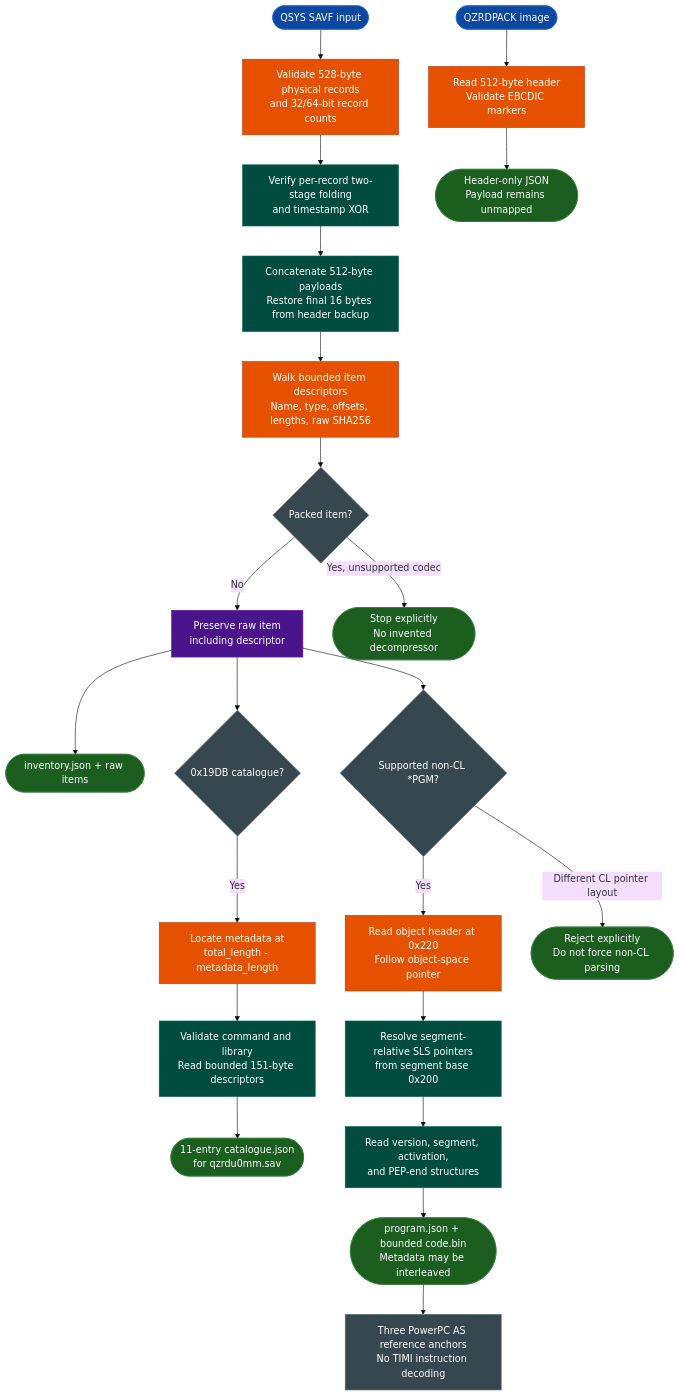
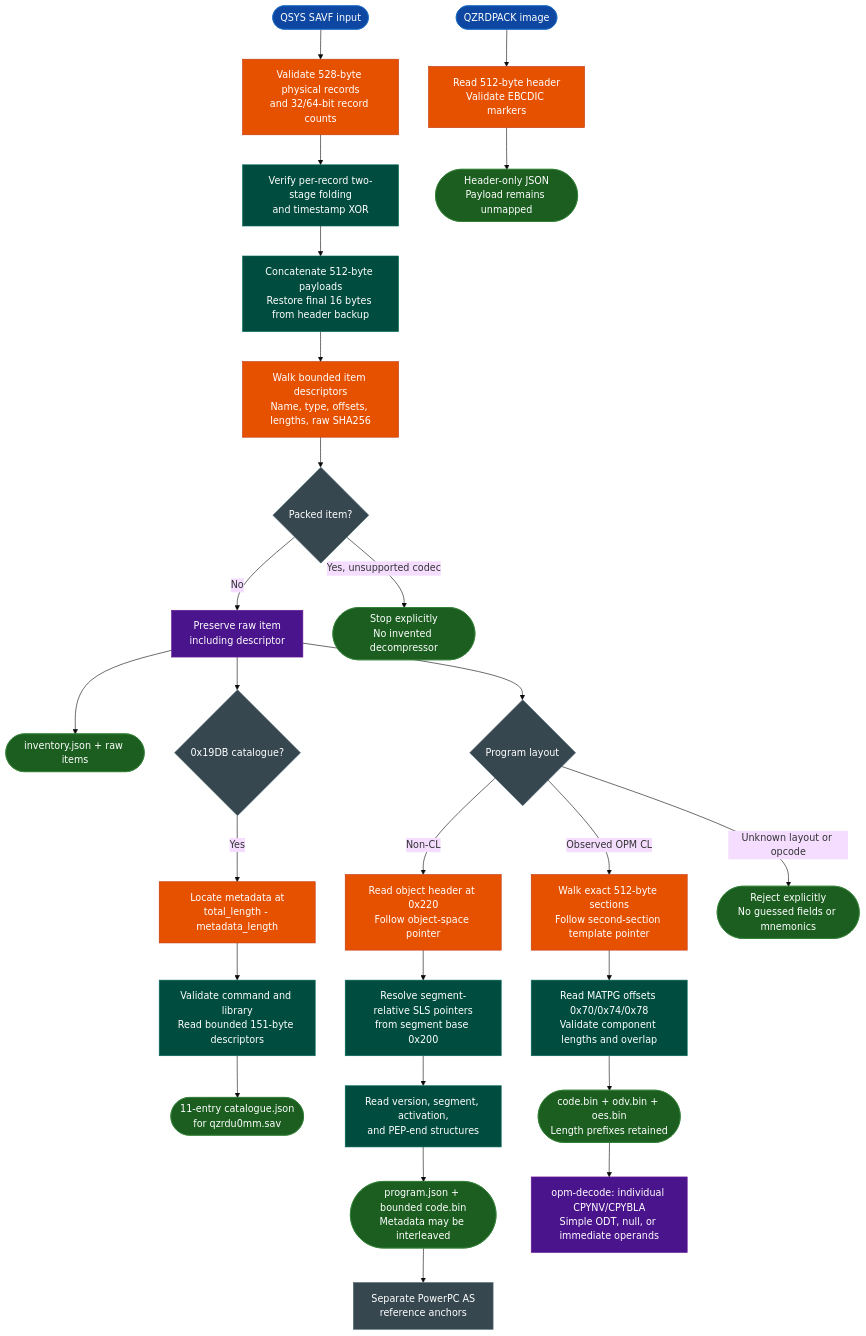
One commit to Ablation-Tool/ablation changed the diagram in docs/reference-modules/ibm-timi.md. Above: the diagram before and after it, drawn with Mermaid (base theme). The commit also changed other lines of this file and 6 other files, not shown here.

Commit message:
feat(ibm_timi): recover OPM programs and decode TIMI instructions

````diff
--- a/docs/reference-modules/ibm-timi.md
+++ b/docs/reference-modules/ibm-timi.md
@@ -23,30 +24,34 @@
 ```mermaid
 flowchart TD
     A(["QSYS SAVF input"]):::input --> B["Validate 528-byte physical records\nand 32/64-bit record counts"]:::primary
     B --> C["Verify per-record two-stage folding\nand timestamp XOR"]:::secondary
     C --> D["Concatenate 512-byte payloads\nRestore final 16 bytes from header backup"]:::secondary
     D --> E["Walk bounded item descriptors\nName, type, offsets, lengths, raw SHA256"]:::primary
     E --> F{"Packed item?"}:::neutral
     F -->|"No"| G["Preserve raw item\nincluding descriptor"]:::tertiary
     F -->|"Yes, unsupported codec"| H(["Stop explicitly\nNo invented decompressor"]):::output
     G --> I(["inventory.json + raw items"]):::output
     G --> J{"0x19DB catalogue?"}:::neutral
     J -->|"Yes"| K["Locate metadata at\ntotal_length - metadata_length"]:::primary
     K --> L["Validate command and library\nRead bounded 151-byte descriptors"]:::secondary
     L --> M(["11-entry catalogue.json\nfor qzrdu0mm.sav"]):::output
-    G --> N{"Supported non-CL *PGM?"}:::neutral
-    N -->|"Yes"| O["Read object header at 0x220\nFollow object-space pointer"]:::primary
+    G --> N{"Program layout"}:::neutral
+    N -->|"Non-CL"| O["Read object header at 0x220\nFollow object-space pointer"]:::primary
     O --> P["Resolve segment-relative SLS pointers\nfrom segment base 0x200"]:::secondary
     P --> Q["Read version, segment, activation,\nand PEP-end structures"]:::secondary
     Q --> R(["program.json + bounded code.bin\nMetadata may be interleaved"]):::output
-    N -->|"Different CL pointer layout"| S(["Reject explicitly\nDo not force non-CL parsing"]):::output
-    R --> T["Three PowerPC AS reference anchors\nNo TIMI instruction decoding"]:::neutral
+    R --> T["Separate PowerPC AS\nreference anchors"]:::neutral
+    N -->|"Observed OPM CL"| X["Walk exact 512-byte sections\nFollow second-section template pointer"]:::primary
+    X --> Y["Read MATPG offsets 0x70/0x74/0x78\nValidate component lengths and overlap"]:::secondary
+    Y --> Z(["code.bin + odv.bin + oes.bin\nLength prefixes retained"]):::output
+    Z --> AA["opm-decode: individual CPYNV/CPYBLA\nSimple ODT, null, or immediate operands"]:::tertiary
+    N -->|"Unknown layout or opcode"| S(["Reject explicitly\nNo guessed fields or mnemonics"]):::output
     U(["QZRDPACK image"]):::input --> V["Read 512-byte header\nValidate EBCDIC markers"]:::primary
     V --> W(["Header-only JSON\nPayload remains unmapped"]):::output
     classDef input fill:#0d47a1,stroke:#1565c0,color:#fff
     classDef primary fill:#e65100,stroke:#bf360c,color:#fff
     classDef secondary fill:#004d40,stroke:#00695c,color:#fff
     classDef tertiary fill:#4a148c,stroke:#6a1b9a,color:#fff
     classDef neutral fill:#37474f,stroke:#546e7a,color:#fff
     classDef output fill:#1b5e20,stroke:#2e7d32,color:#fff
 ```
````
